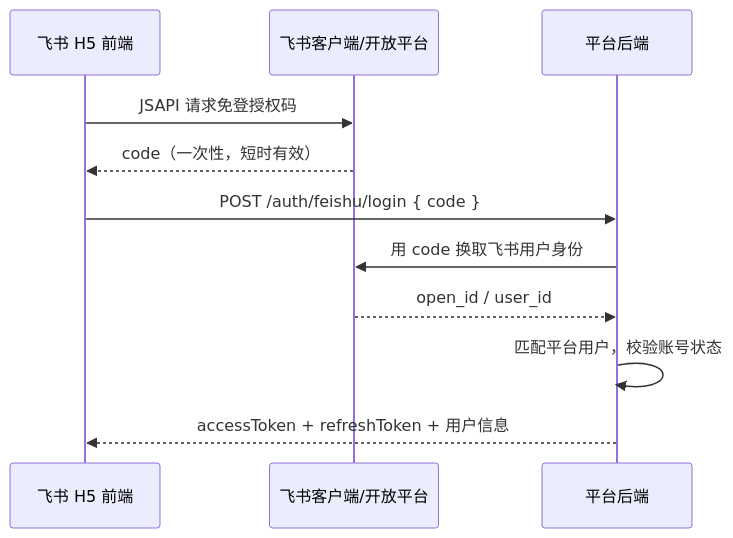
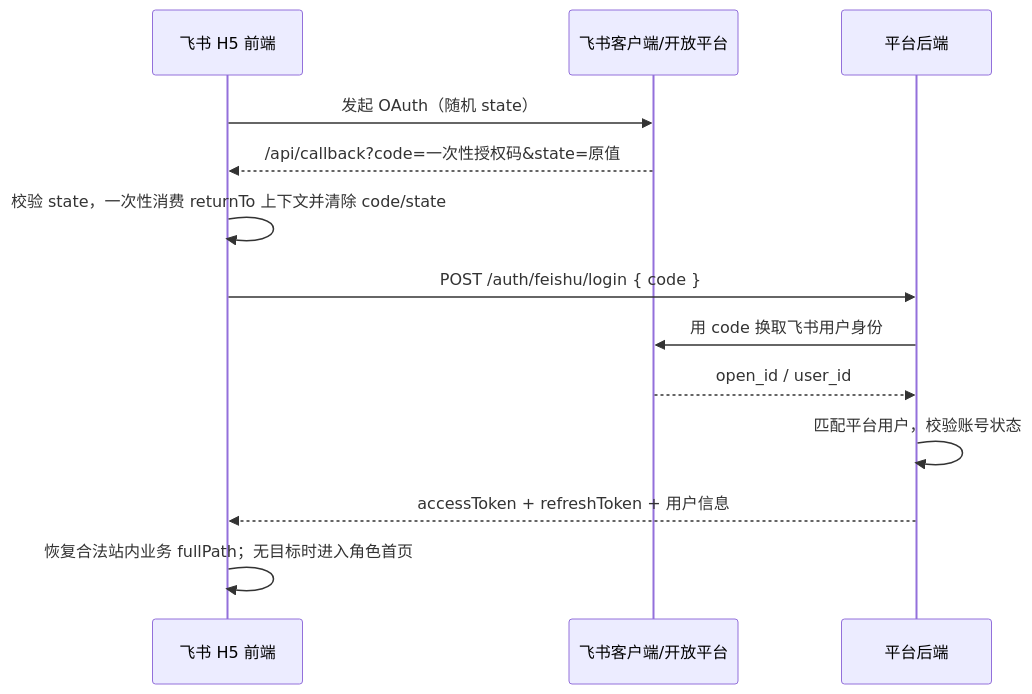
Before and after one commit to encoXJH/FR-Five-Year-Plan: the diagram in docs/API统一约定文档.md, drawn with Mermaid. The commit also changed other lines of this file and 121 other files, not shown here.

````diff
--- a/docs/API统一约定文档.md
+++ b/docs/API统一约定文档.md
@@ -239,13 +239,15 @@
 ```mermaid
 sequenceDiagram
     participant H as 飞书 H5 前端
     participant F as 飞书客户端/开放平台
     participant S as 平台后端
-    H->>F: JSAPI 请求免登授权码
-    F-->>H: code（一次性，短时有效）
+    H->>F: 发起 OAuth（随机 state）
+    F-->>H: /api/callback?code=一次性授权码&state=原值
+    H->>H: 校验 state，一次性消费 returnTo 上下文并清除 code/state
     H->>S: POST /auth/feishu/login { code }
     S->>F: 用 code 换取飞书用户身份
     F-->>S: open_id / user_id
     S->>S: 匹配平台用户，校验账号状态
     S-->>H: accessToken + refreshToken + 用户信息
+    H->>H: 恢复合法站内业务 fullPath；无目标时进入角色首页
 ```
````
